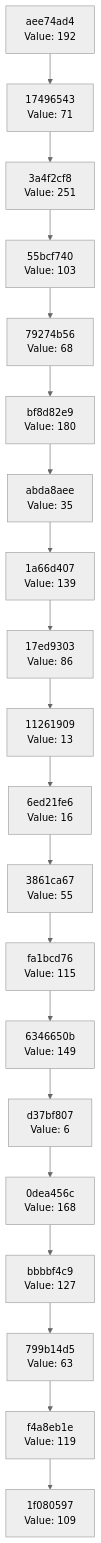
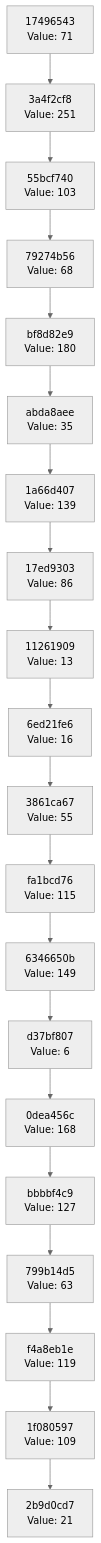
The diagram in docs/CHAIN_VISUALIZATION.md (Abhisheksinha1506/hash-chain-evolver), drawn with Mermaid (neutral theme) before and after one commit. The commit also changed 3 other files, not shown here.

````diff
--- a/docs/CHAIN_VISUALIZATION.md
+++ b/docs/CHAIN_VISUALIZATION.md
@@ -3,42 +3,42 @@
 ```mermaid
 graph TD
-    C0["1f080597<br/>Value: 109"]
-    C1["f4a8eb1e<br/>Value: 119"]
+    C0["2b9d0cd7<br/>Value: 21"]
+    C1["1f080597<br/>Value: 109"]
     C1 --> C0
-    C2["799b14d5<br/>Value: 63"]
+    C2["f4a8eb1e<br/>Value: 119"]
     C2 --> C1
-    C3["bbbbf4c9<br/>Value: 127"]
+    C3["799b14d5<br/>Value: 63"]
     C3 --> C2
-    C4["0dea456c<br/>Value: 168"]
+    C4["bbbbf4c9<br/>Value: 127"]
     C4 --> C3
-    C5["d37bf807<br/>Value: 6"]
+    C5["0dea456c<br/>Value: 168"]
     C5 --> C4
-    C6["6346650b<br/>Value: 149"]
+    C6["d37bf807<br/>Value: 6"]
     C6 --> C5
-    C7["fa1bcd76<br/>Value: 115"]
+    C7["6346650b<br/>Value: 149"]
     C7 --> C6
-    C8["3861ca67<br/>Value: 55"]
+    C8["fa1bcd76<br/>Value: 115"]
     C8 --> C7
-    C9["6ed21fe6<br/>Value: 16"]
+    C9["3861ca67<br/>Value: 55"]
     C9 --> C8
-    C10["11261909<br/>Value: 13"]
+    C10["6ed21fe6<br/>Value: 16"]
     C10 --> C9
-    C11["17ed9303<br/>Value: 86"]
+    C11["11261909<br/>Value: 13"]
     C11 --> C10
-    C12["1a66d407<br/>Value: 139"]
+    C12["17ed9303<br/>Value: 86"]
     C12 --> C11
-    C13["abda8aee<br/>Value: 35"]
+    C13["1a66d407<br/>Value: 139"]
     C13 --> C12
-    C14["bf8d82e9<br/>Value: 180"]
+    C14["abda8aee<br/>Value: 35"]
     C14 --> C13
-    C15["79274b56<br/>Value: 68"]
+    C15["bf8d82e9<br/>Value: 180"]
     C15 --> C14
-    C16["55bcf740<br/>Value: 103"]
+    C16["79274b56<br/>Value: 68"]
     C16 --> C15
-    C17["3a4f2cf8<br/>Value: 251"]
+    C17["55bcf740<br/>Value: 103"]
     C17 --> C16
-    C18["17496543<br/>Value: 71"]
+    C18["3a4f2cf8<br/>Value: 251"]
     C18 --> C17
-    C19["aee74ad4<br/>Value: 192"]
+    C19["17496543<br/>Value: 71"]
     C19 --> C18
 ```
````
